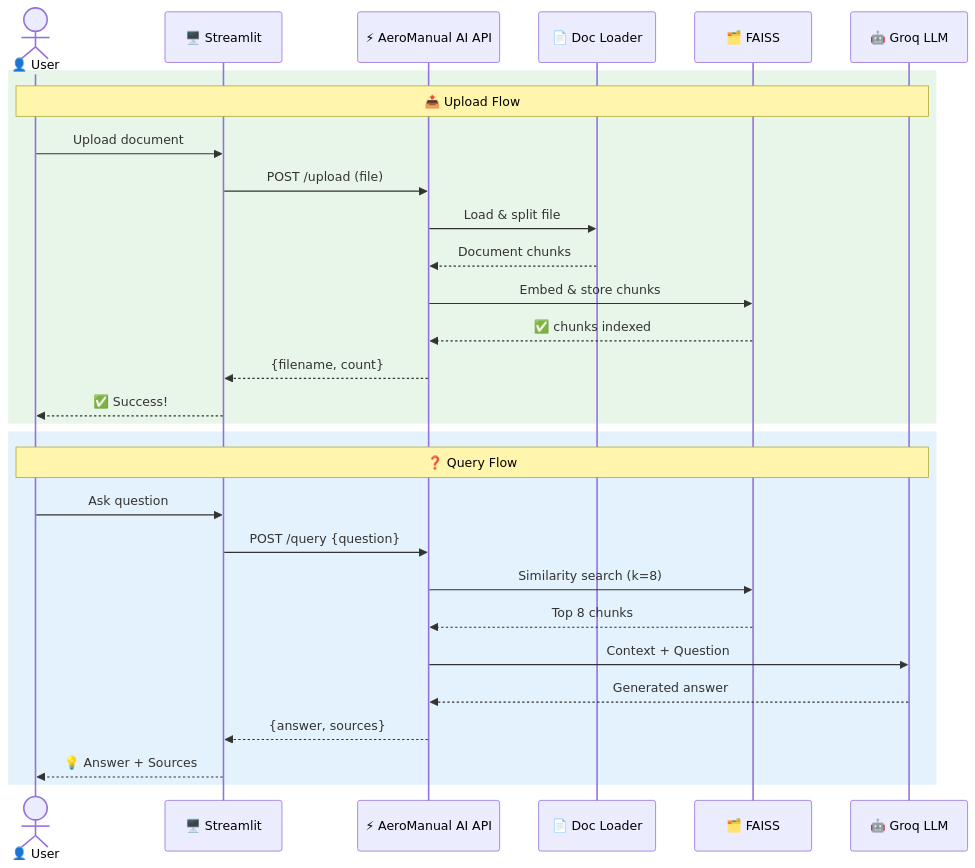
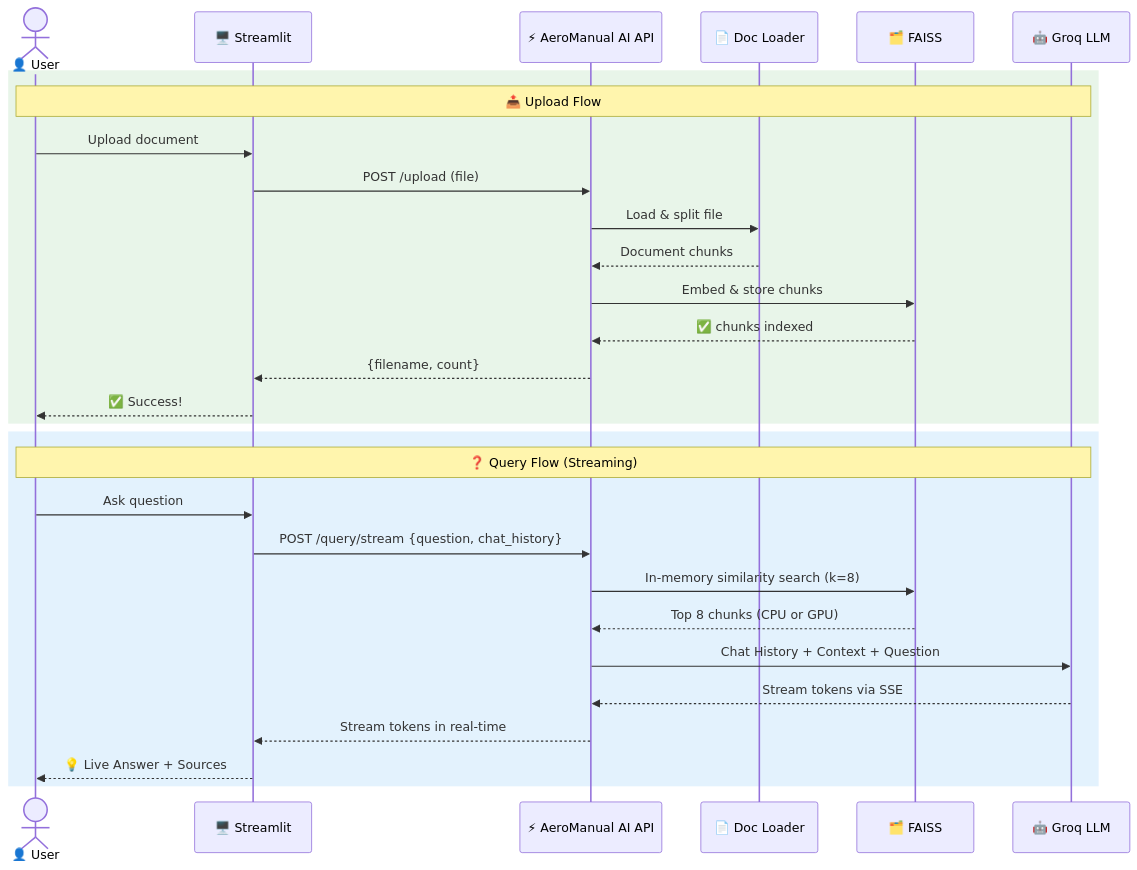
Before and after one commit to kiran-headstrong/AIML: the second of 2 diagrams in Projects/AeroManual-AI/README.md, drawn with Mermaid. The commit also changed other lines of this file and 1 other file, not shown here.

````diff
--- a/Projects/AeroManual-AI/README.md
+++ b/Projects/AeroManual-AI/README.md
@@ -120,33 +122,33 @@
 ```mermaid
 sequenceDiagram
     actor User as 👤 User
     participant UI as 🖥️ Streamlit
     participant API as ⚡ AeroManual AI API
     participant DL as 📄 Doc Loader
     participant VS as 🗂️ FAISS
     participant LLM as 🤖 Groq LLM
 
     rect rgb(232, 245, 233)
         Note over User, LLM: 📤 Upload Flow
         User->>UI: Upload document
         UI->>API: POST /upload (file)
         API->>DL: Load & split file
         DL-->>API: Document chunks
         API->>VS: Embed & store chunks
         VS-->>API: ✅ chunks indexed
         API-->>UI: {filename, count}
         UI-->>User: ✅ Success!
     end
 
     rect rgb(227, 242, 253)
-        Note over User, LLM: ❓ Query Flow
+        Note over User, LLM: ❓ Query Flow (Streaming)
         User->>UI: Ask question
-        UI->>API: POST /query {question}
-        API->>VS: Similarity search (k=8)
-        VS-->>API: Top 8 chunks
-        API->>LLM: Context + Question
-        LLM-->>API: Generated answer
-        API-->>UI: {answer, sources}
-        UI-->>User: 💡 Answer + Sources
+        UI->>API: POST /query/stream {question, chat_history}
+        API->>VS: In-memory similarity search (k=8)
+        VS-->>API: Top 8 chunks (CPU or GPU)
+        API->>LLM: Chat History + Context + Question
+        LLM-->>API: Stream tokens via SSE
+        API-->>UI: Stream tokens in real-time
+        UI-->>User: 💡 Live Answer + Sources
     end
 ```
````
